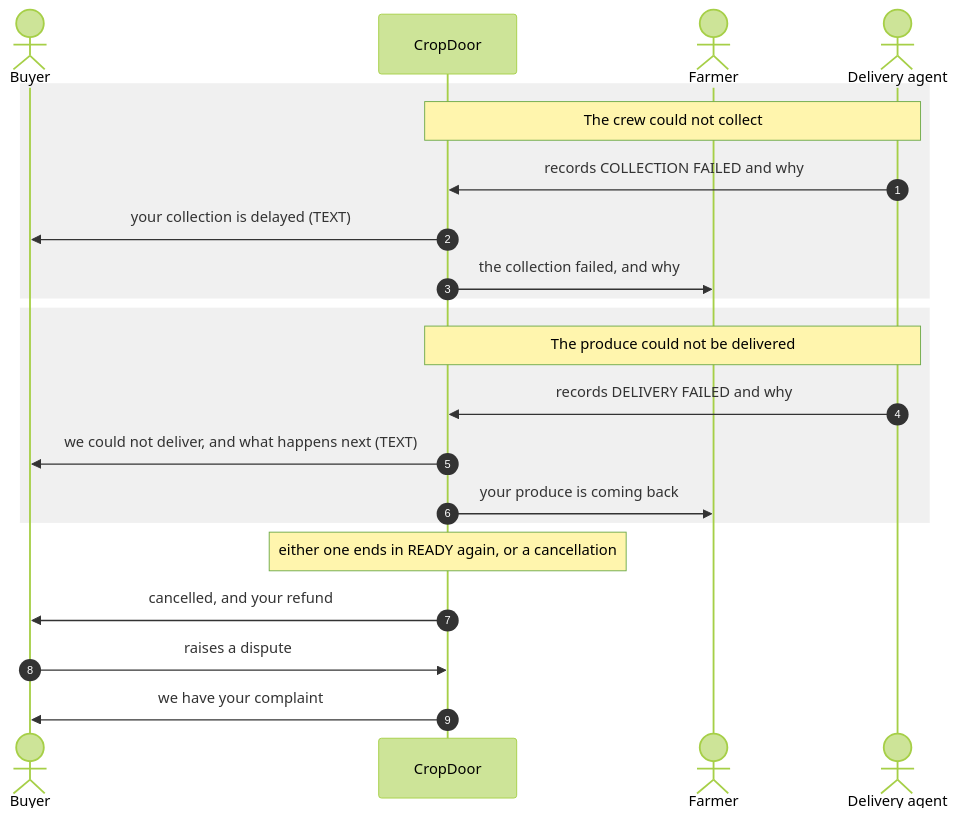
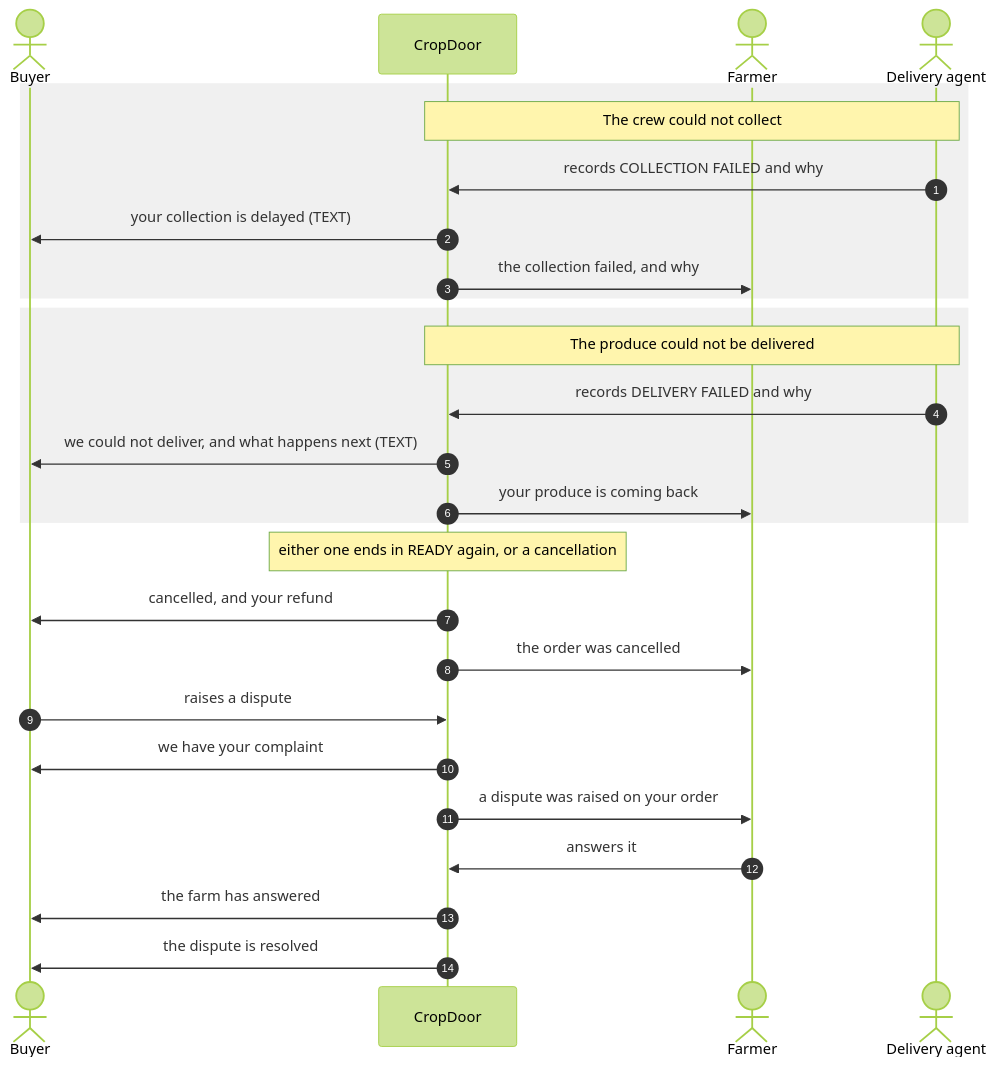
Before and after one commit to cropdoor/cropdoor-almanac: the second of 2 diagrams in docs/domain/order-delivery-notifications.md, drawn with Mermaid (forest theme). The commit also changed other lines of this file and 2 other files, not shown here.

````diff
--- a/docs/domain/order-delivery-notifications.md
+++ b/docs/domain/order-delivery-notifications.md
@@ -59,27 +62,32 @@
 ```mermaid
 sequenceDiagram
     autonumber
     actor B as Buyer
     participant CD as CropDoor
     actor F as Farmer
     actor DA as Delivery agent
 
     rect rgba(128,128,128,0.12)
     Note over DA,CD: The crew could not collect
     DA->>CD: records COLLECTION FAILED and why
     CD->>B: your collection is delayed (TEXT)
     CD->>F: the collection failed, and why
     end
 
     rect rgba(128,128,128,0.12)
     Note over DA,CD: The produce could not be delivered
     DA->>CD: records DELIVERY FAILED and why
     CD->>B: we could not deliver, and what happens next (TEXT)
     CD->>F: your produce is coming back
     end
 
     Note over CD: either one ends in READY again, or a cancellation
     CD->>B: cancelled, and your refund
+    CD->>F: the order was cancelled
     B->>CD: raises a dispute
     CD->>B: we have your complaint
+    CD->>F: a dispute was raised on your order
+    F->>CD: answers it
+    CD->>B: the farm has answered
+    CD->>B: the dispute is resolved
 ```
````
